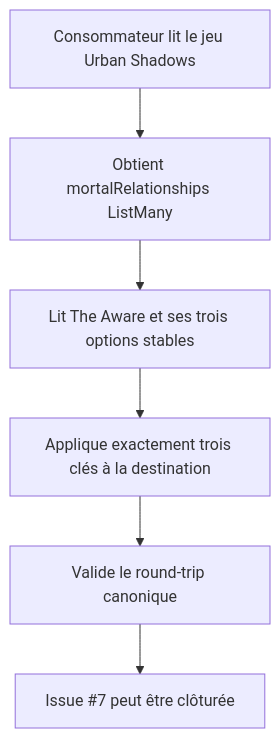
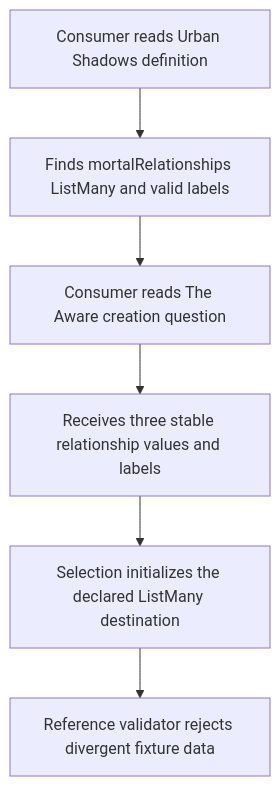
One commit to RebelliousSmile/schema-pbta changed the first of 2 diagrams in aidd_docs/tasks/2026_09/2026_09_18_urban_shadows_creation_relationship_destination/phase-1.md. Above: the diagram before and after it, drawn with Mermaid. The commit also changed other lines of this file and 5 other files, not shown here.

Commit message:
feat: publish Urban Shadows relationship vocabulary

````diff
--- a/aidd_docs/tasks/2026_09/2026_09_18_urban_shadows_creation_relationship_destination/phase-1.md
+++ b/aidd_docs/tasks/2026_09/2026_09_18_urban_shadows_creation_relationship_destination/phase-1.md
@@ -24,8 +21,8 @@
 ```mermaid
 flowchart TD
-  A[Consommateur lit le jeu Urban Shadows] --> B[Obtient mortalRelationships ListMany]
-  B --> C[Lit The Aware et ses trois options stables]
-  C --> D[Applique exactement trois clés à la destination]
-  D --> E[Valide le round-trip canonique]
-  E --> F[Issue #7 peut être clôturée]
+  A[Consumer reads Urban Shadows definition] --> B[Finds mortalRelationships ListMany and valid labels]
+  B --> C[Consumer reads The Aware creation question]
+  C --> D[Receives three stable relationship values and labels]
+  D --> E[Selection initializes the declared ListMany destination]
+  E --> F[Reference validator rejects divergent fixture data]
 ```
````
